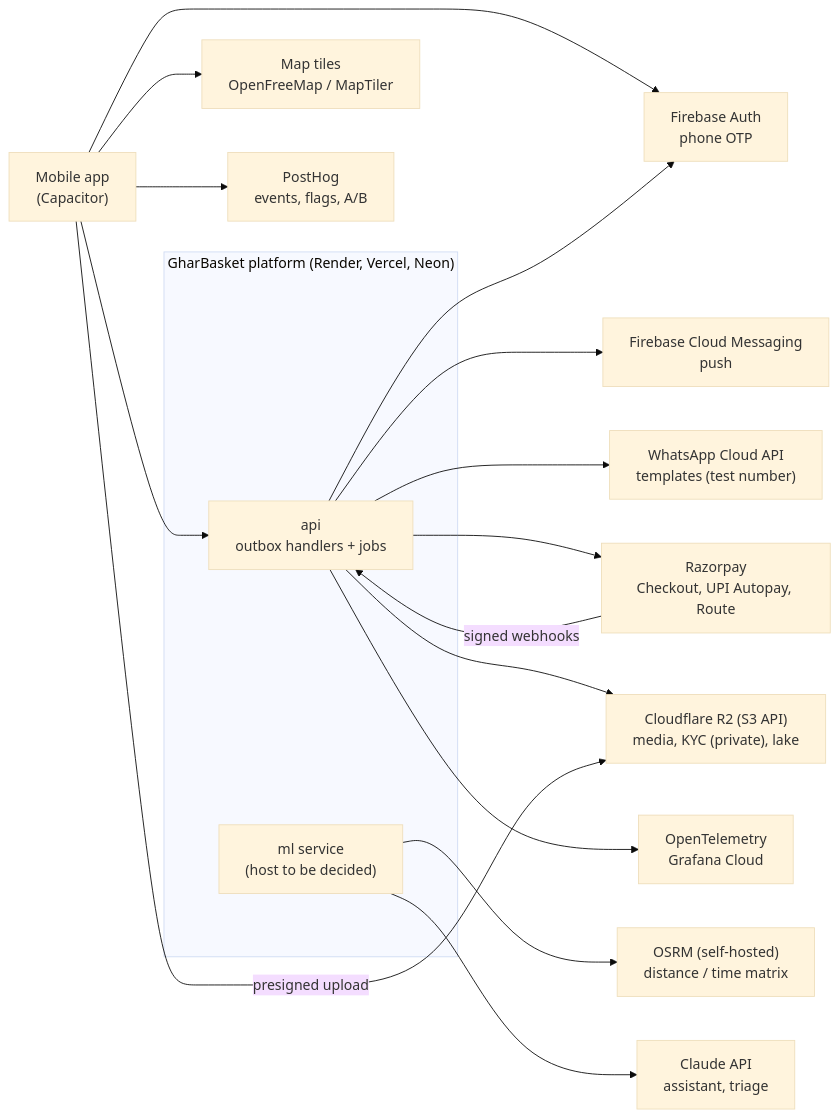
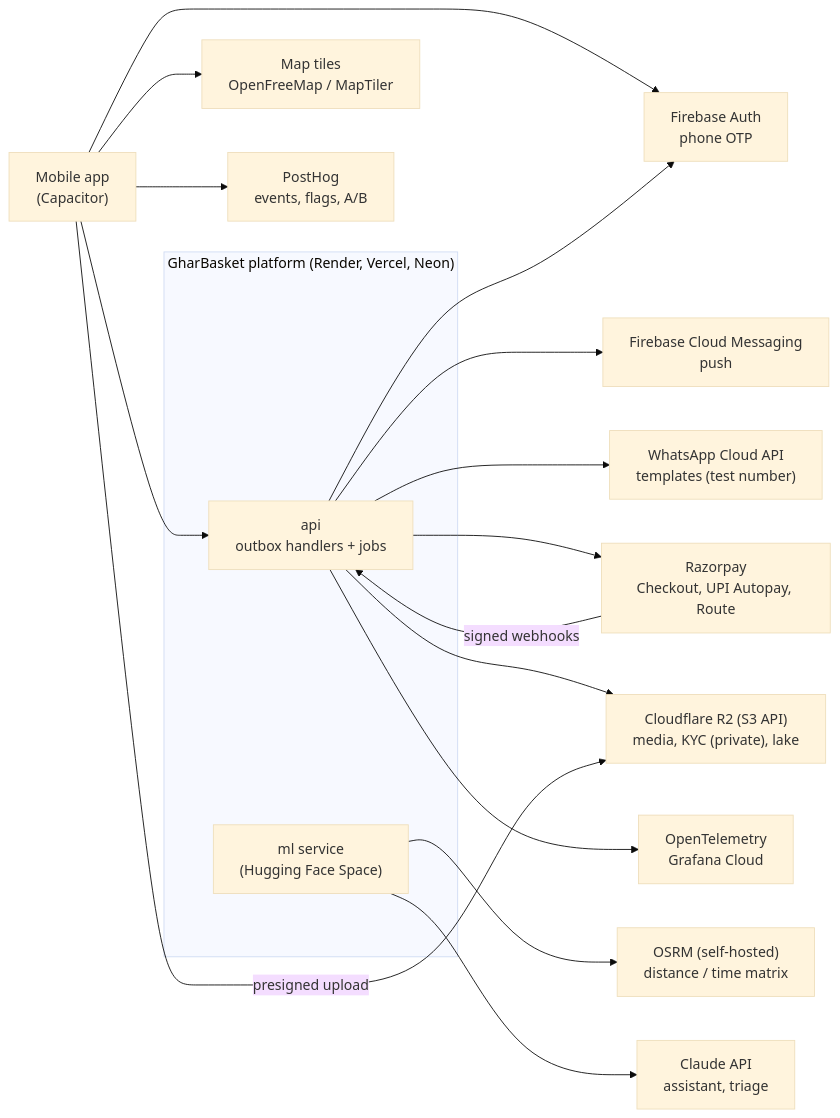
One commit to prelekar7/GharBasket changed the third of 3 diagrams in docs/handbook/10-api-and-integration.md. Above: the diagram before and after it, drawn with Mermaid (base theme). The commit also changed other lines of this file and 19 other files, not shown here.

````diff
--- a/docs/handbook/10-api-and-integration.md
+++ b/docs/handbook/10-api-and-integration.md
@@ -173,21 +173,21 @@
 ```mermaid
 flowchart LR
     subgraph GB["GharBasket platform (Render, Vercel, Neon)"]
         API["api<br/>outbox handlers + jobs"]
-        ML["ml service<br/>(host to be decided)"]
+        ML["ml service<br/>(Hugging Face Space)"]
     end
     MOB["Mobile app<br/>(Capacitor)"] --> FBA["Firebase Auth<br/>phone OTP"]
     MOB --> API
     API --> FBA
     API --> FCM["Firebase Cloud Messaging<br/>push"]
     API --> WA["WhatsApp Cloud API<br/>templates (test number)"]
     API --> RZ["Razorpay<br/>Checkout, UPI Autopay, Route"]
     RZ -->|"signed webhooks"| API
     ML --> OSRM["OSRM (self-hosted)<br/>distance / time matrix"]
     MOB --> TILES["Map tiles<br/>OpenFreeMap / MapTiler"]
     API --> S3["Cloudflare R2 (S3 API)<br/>media, KYC (private), lake"]
     MOB -->|"presigned upload"| S3
     ML --> CL["Claude API<br/>assistant, triage"]
     API --> OTEL["OpenTelemetry<br/>Grafana Cloud"]
     MOB --> PH["PostHog<br/>events, flags, A/B"]
 ```
````
